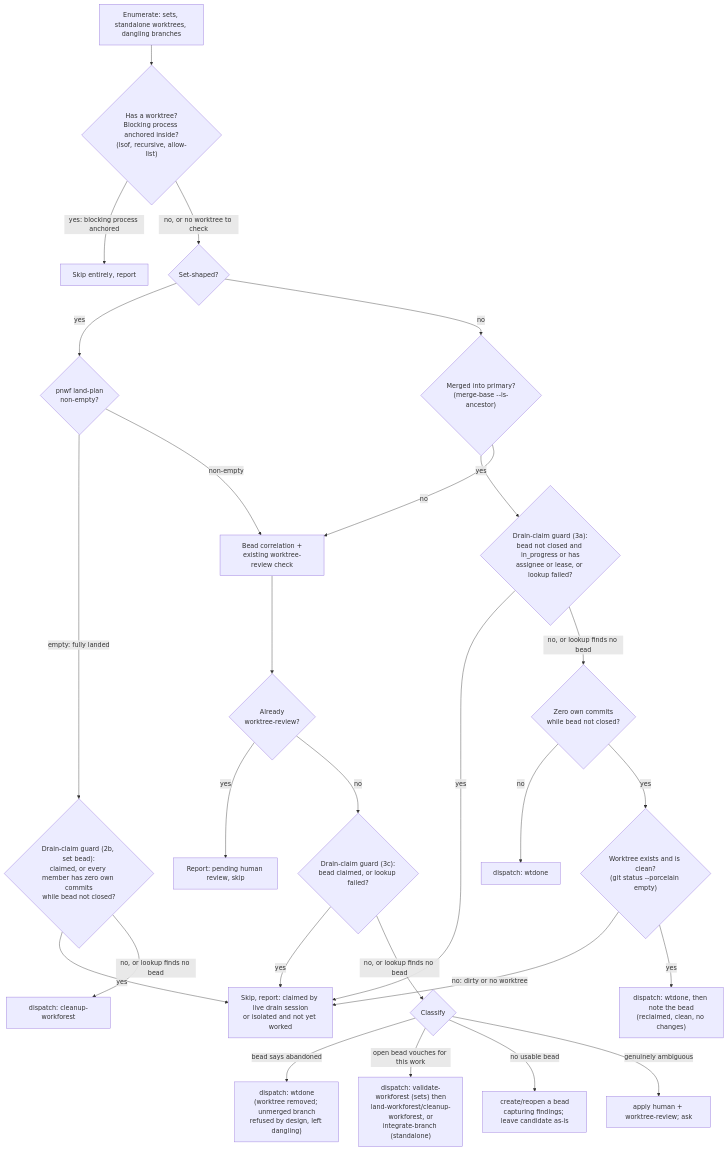
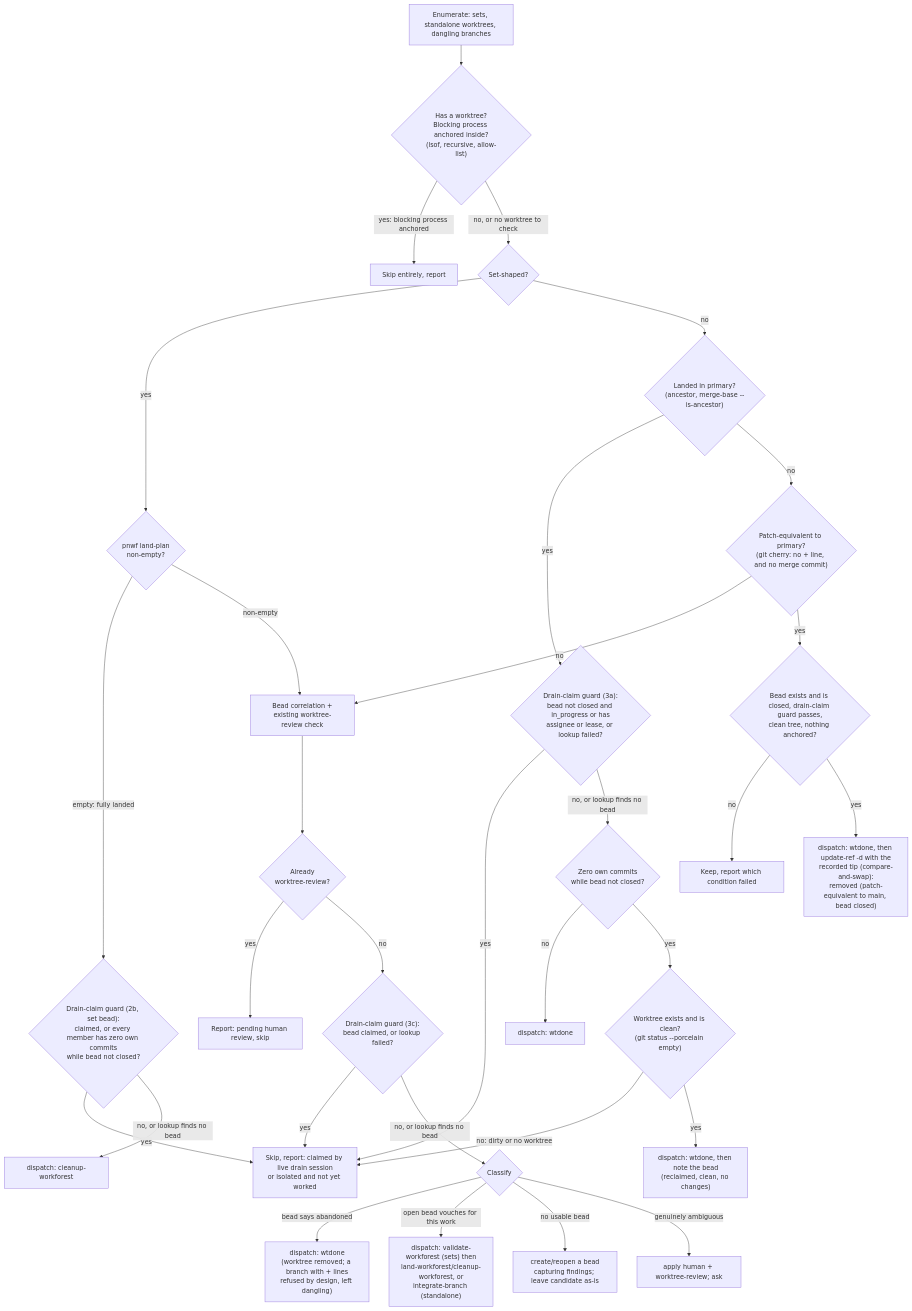
Before and after one commit to phillipgreenii/nix-repo-base: the diagram in pn-workspace-rules/skills/audit-worktrees/SKILL.md, drawn with Mermaid. The commit also changed other lines of this file and 5 other files, not shown here.

````diff
--- a/pn-workspace-rules/skills/audit-worktrees/SKILL.md
+++ b/pn-workspace-rules/skills/audit-worktrees/SKILL.md
@@ -106,29 +120,33 @@
 ```mermaid
 flowchart TD
     E["Enumerate: sets, standalone worktrees, dangling branches"] --> A{"Has a worktree?\nBlocking process anchored inside?\n(lsof, recursive, allow-list)"}
     A -->|yes: blocking process anchored| SKIP["Skip entirely, report"]
     A -->|no, or no worktree to check| SET{"Set-shaped?"}
     SET -->|yes| SLP{"pnwf land-plan\nnon-empty?"}
     SLP -->|empty: fully landed| SG{"Drain-claim guard (2b, set bead):\nclaimed, or every member has zero own commits\nwhile bead not closed?"}
     SG -->|yes| LIVE
     SG -->|no, or lookup finds no bead| SCU["dispatch: cleanup-workforest"]
     SLP -->|non-empty| CLS
-    SET -->|no| M{"Merged into primary?\n(merge-base --is-ancestor)"}
+    SET -->|no| M{"Landed in primary?\n(ancestor, merge-base --is-ancestor)"}
     M -->|yes| G{"Drain-claim guard (3a):\nbead not closed and in_progress or has\nassignee or lease, or lookup failed?"}
     G -->|yes| LIVE["Skip, report: claimed by live drain session\nor isolated and not yet worked"]
     G -->|no, or lookup finds no bead| Z{"Zero own commits\nwhile bead not closed?"}
     Z -->|no| RM["dispatch: wtdone"]
     Z -->|yes| WC{"Worktree exists and is clean?\n(git status --porcelain empty)"}
     WC -->|no: dirty or no worktree| LIVE
     WC -->|yes| RC["dispatch: wtdone, then note the bead\n(reclaimed, clean, no changes)"]
-    M -->|no| CLS["Bead correlation +\nexisting worktree-review check"]
+    M -->|no| PE{"Patch-equivalent to primary?\n(git cherry: no + line, and no merge commit)"}
+    PE -->|no| CLS["Bead correlation +\nexisting worktree-review check"]
+    PE -->|yes| PG{"Bead exists and is closed, drain-claim guard passes,\nclean tree, nothing anchored?"}
+    PG -->|no| PK["Keep, report which condition failed"]
+    PG -->|yes| RE["dispatch: wtdone, then update-ref -d with the\nrecorded tip (compare-and-swap):\nremoved (patch-equivalent to main, bead closed)"]
     CLS --> RV{"Already\nworktree-review?"}
     RV -->|yes| PEND["Report: pending human review, skip"]
     RV -->|no| G3{"Drain-claim guard (3c):\nbead claimed, or lookup failed?"}
     G3 -->|yes| LIVE
     G3 -->|no, or lookup finds no bead| C{"Classify"}
-    C -->|"bead says abandoned"| RM2["dispatch: wtdone\n(worktree removed; unmerged branch\nrefused by design, left dangling)"]
+    C -->|"bead says abandoned"| RM2["dispatch: wtdone\n(worktree removed; a branch with + lines\nrefused by design, left dangling)"]
     C -->|"open bead vouches for this work"| LB["dispatch: validate-workforest (sets) then\nland-workforest/cleanup-workforest, or\nintegrate-branch (standalone)"]
     C -->|"no usable bead"| BEAD["create/reopen a bead\ncapturing findings; leave candidate as-is"]
     C -->|"genuinely ambiguous"| HUMAN["apply human + worktree-review; ask"]
 ```
````
